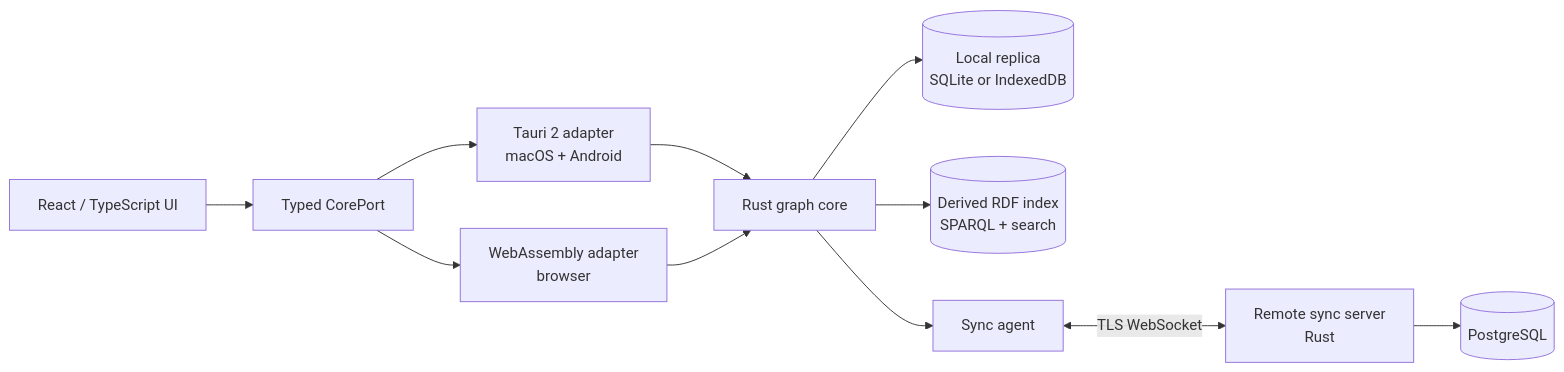
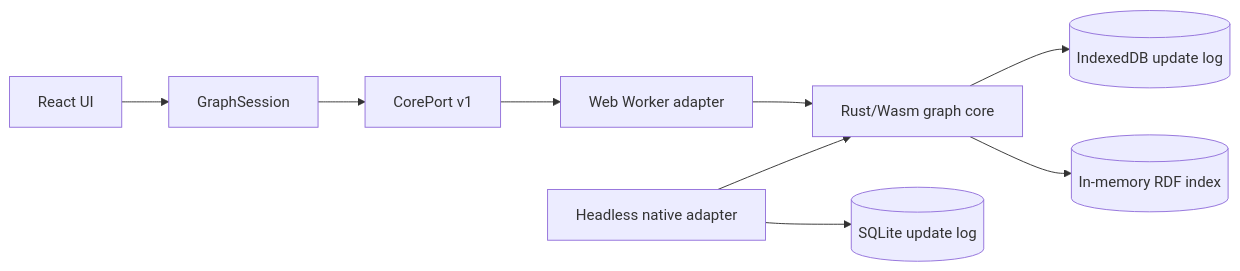
Before and after one commit to waneon/neoseq: the diagram in ARCHITECTURE.md, drawn with Mermaid. The commit also changed other lines of this file and 100 other files, not shown here.

Commit message:
refactor: reset local architecture for step 6

````diff
--- a/ARCHITECTURE.md
+++ b/ARCHITECTURE.md
@@ -50,22 +34,12 @@
 ```mermaid
 flowchart LR
-    UI[React / TypeScript UI]
-    Port[Typed CorePort]
-    Native[Tauri 2 adapter<br/>macOS + Android]
-    Web[WebAssembly adapter<br/>browser]
-    Core[Rust graph core]
-    Local[(Local replica<br/>SQLite or IndexedDB)]
-    Index[(Derived RDF index<br/>SPARQL + search)]
-    Sync[Sync agent]
-    Server[Remote sync server<br/>Rust]
-    DB[(PostgreSQL)]
+    UI[React UI] --> Session[GraphSession]
+    Session --> Port[CorePort v1]
+    Port --> Worker[Web Worker adapter]
+    Worker --> Core[Rust/Wasm graph core]
+    Core --> Store[(IndexedDB update log)]
+    Core --> Index[(In-memory RDF index)]
 
-    UI --> Port
-    Port --> Native --> Core
-    Port --> Web --> Core
-    Core --> Local
-    Core --> Index
-    Core --> Sync
-    Sync <-->|TLS WebSocket| Server
-    Server --> DB
+    Native[Headless native adapter] --> Core
+    Native --> SQLite[(SQLite update log)]
 ```
````
